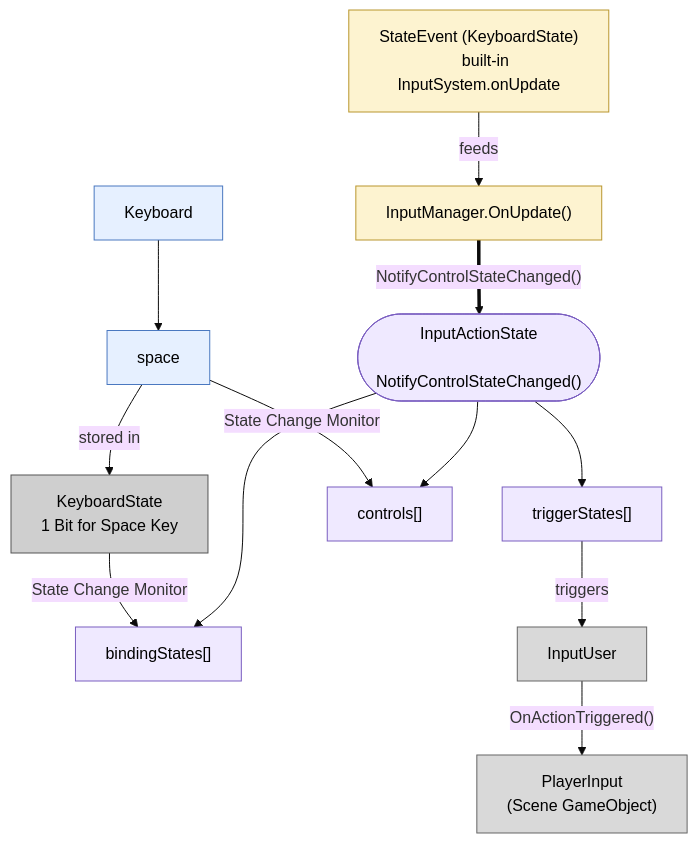
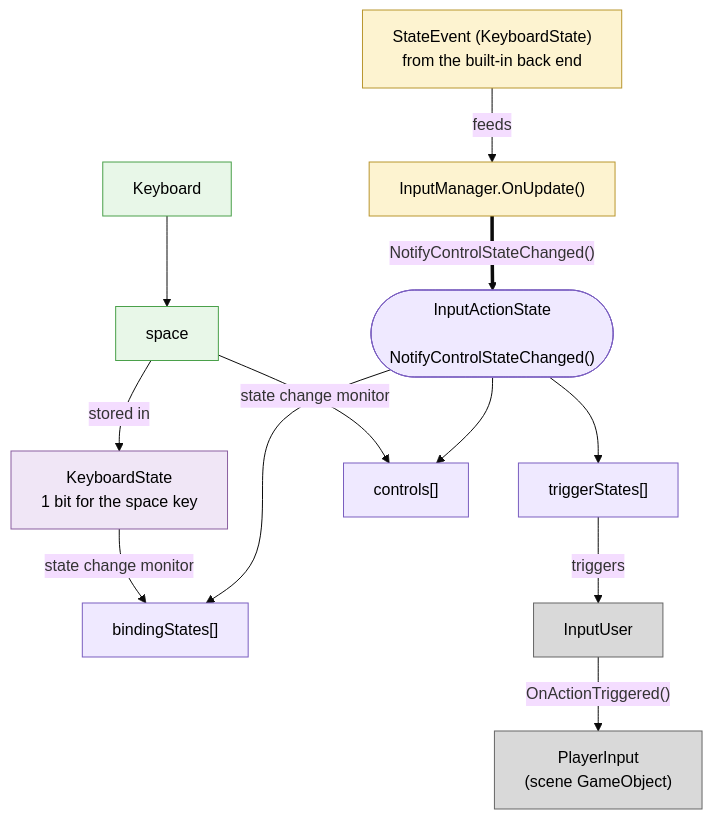
One commit to Unity-Technologies/InputSystem changed the fourth of 5 diagrams in Packages/com.unity.inputsystem/Documentation~/Architecture.md. Above: the diagram before and after it, drawn with Mermaid (base theme). The commit also changed other lines of this file, not shown here.

````diff
--- a/Packages/com.unity.inputsystem/Documentation~/Architecture.md
+++ b/Packages/com.unity.inputsystem/Documentation~/Architecture.md
@@ -184,41 +216,41 @@
 ```mermaid
 flowchart TB
     %% ---------- Devices ----------
     Keyboard["Keyboard"] --> space["space"]
 
-    %% ---------- Input State (unmanaged raw memory) ----------
+    %% ---------- Input state memory ----------
     KBbit["KeyboardState
-    1 Bit for Space Key"]
+    1 bit for the space key"]
     space -->|"stored in"| KBbit
 
     %% ---------- Runtime ----------
     StateEvent["StateEvent (KeyboardState)
-    built-in InputSystem.onUpdate"] -->|feeds| OnUpdate["InputManager.OnUpdate()"]
+    from the built-in back end"] -->|feeds| OnUpdate["InputManager.OnUpdate()"]
 
     %% ---------- Action state ----------
     AState(["InputActionState
     NotifyControlStateChanged()"])
     trig["triggerStates[]"]
     bind["bindingStates[]"]
     ctrl["controls[]"]
     AState --> trig & bind & ctrl
     OnUpdate ==>|"NotifyControlStateChanged()"| AState
-    KBbit -->|"State Change Monitor"| bind
-    space -->|"State Change Monitor"| ctrl
+    KBbit -->|"state change monitor"| bind
+    space -->|"state change monitor"| ctrl
 
     %% ---------- Callback out to the scene ----------
     trig -->|triggers| IU["InputUser"]
     IU -->|"OnActionTriggered()"| PI["PlayerInput
-    (Scene GameObject)"]
+    (scene GameObject)"]
 
-    classDef device fill:#e6f0ff,stroke:#4a78c0,color:#000;
-    classDef state fill:#cfcfcf,stroke:#555,color:#000;
+    classDef device fill:#e8f7e8,stroke:#4aa04a,color:#000;
+    classDef mem fill:#f0e6f6,stroke:#8a5ea0,color:#000;
     classDef astate fill:#efe9ff,stroke:#7a5ec0,color:#000;
     classDef runtime fill:#fdf3d0,stroke:#b9962e,color:#000;
     classDef go fill:#d9d9d9,stroke:#666,color:#000;
     class Keyboard,space device;
-    class KBbit state;
+    class KBbit mem;
     class AState,trig,bind,ctrl astate;
     class StateEvent,OnUpdate runtime;
     class IU,PI go;
 ```
````
